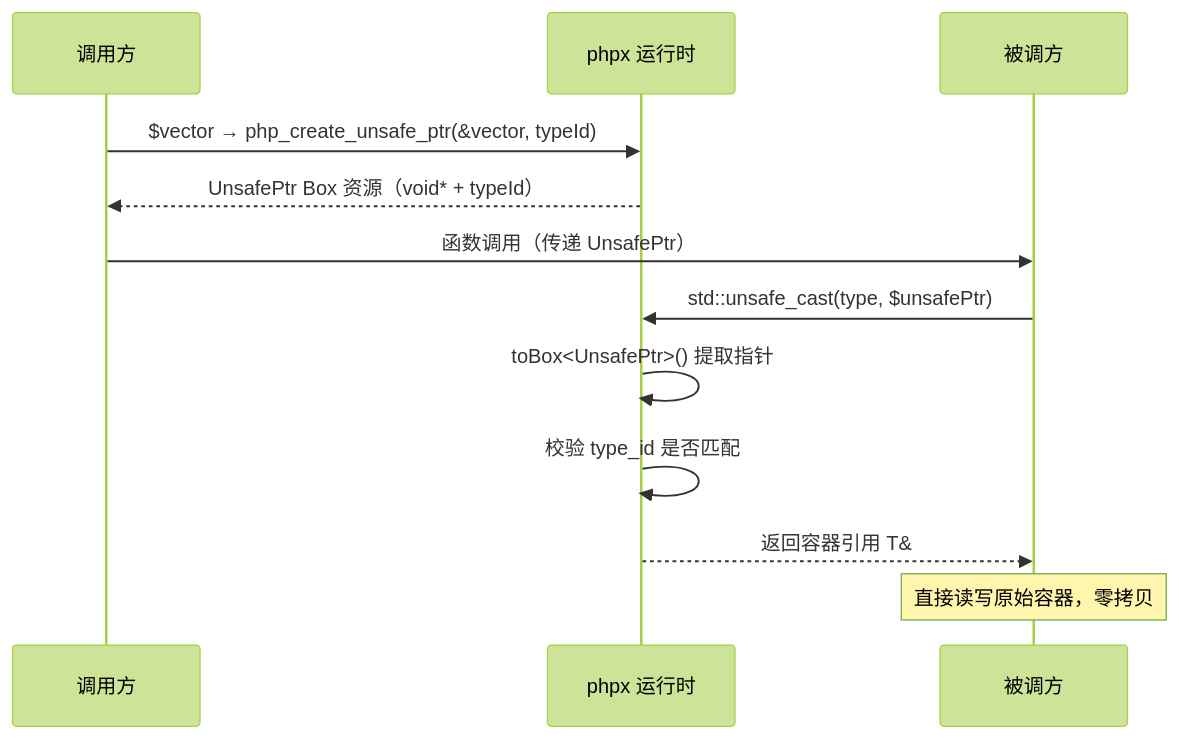
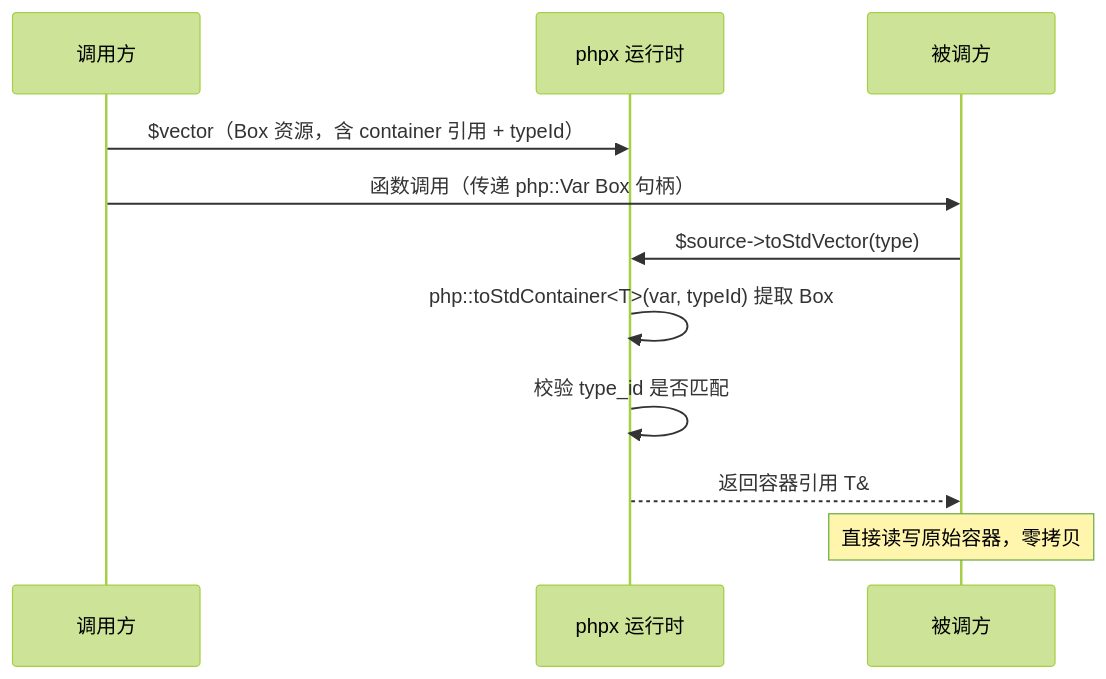
Before and after one commit to swoole/typephp-docs: the diagram in std-containers.md, drawn with Mermaid (forest theme). The commit also changed other lines of this file and 6 other files, not shown here.

````diff
--- a/std-containers.md
+++ b/std-containers.md
@@ -321,17 +374,16 @@
 ```mermaid
 sequenceDiagram
     participant Caller as 调用方
     participant Runtime as phpx 运行时
     participant Callee as 被调方
 
-    Caller->>Runtime: $vector → php_create_unsafe_ptr(&vector, typeId)
-    Runtime-->>Caller: UnsafePtr Box 资源（void* + typeId）
-    Caller->>Callee: 函数调用（传递 UnsafePtr）
+    Caller->>Runtime: $vector（Box 资源，含 container 引用 + typeId）
+    Caller->>Callee: 函数调用（传递 php::Var Box 句柄）
 
-    Callee->>Runtime: std::unsafe_cast(type, $unsafePtr)
-    Runtime->>Runtime: toBox<UnsafePtr>() 提取指针
+    Callee->>Runtime: $source->toStdVector(type)
+    Runtime->>Runtime: php::toStdContainer<T>(var, typeId) 提取 Box
     Runtime->>Runtime: 校验 type_id 是否匹配
     Runtime-->>Callee: 返回容器引用 T&
 
     Note over Callee: 直接读写原始容器，零拷贝
 ```
````
